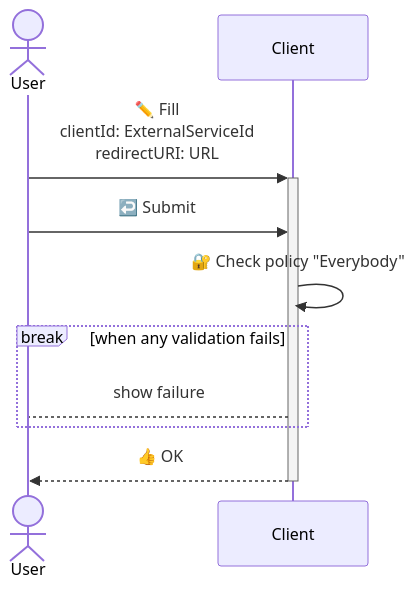
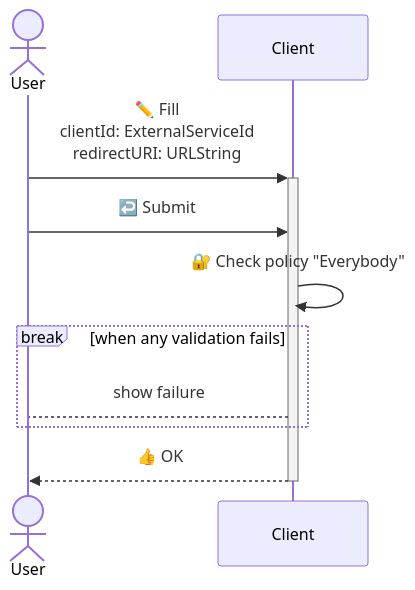
The first of 3 diagrams in examples/standalone/src/apps/MyRunningMap/README.md (c100k/libmodulor), drawn with Mermaid before and after one commit. The commit also changed other lines of this file and 16 other files, not shown here.

````diff
--- a/examples/standalone/src/apps/MyRunningMap/README.md
+++ b/examples/standalone/src/apps/MyRunningMap/README.md
@@ -13,11 +13,11 @@
 ```mermaid
 sequenceDiagram
     actor User
-    User->>+Client: ✏️ Fill<br/>clientId: ExternalServiceId<br/>redirectURI: URL
+    User->>+Client: ✏️ Fill<br/>clientId: ExternalServiceId<br/>redirectURI: URLString
     User->>Client: ↩️ Submit
     Client->>Client: 🔐 Check policy "Everybody"
     break when any validation fails
         Client-->User: show failure
     end
     Client-->>-User: 👍 OK
 ```
````
